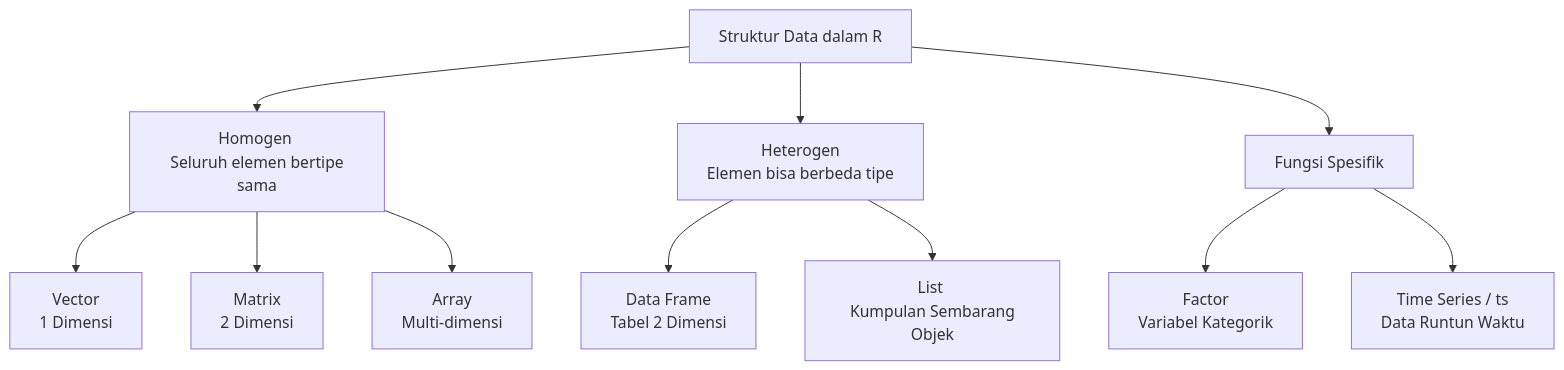
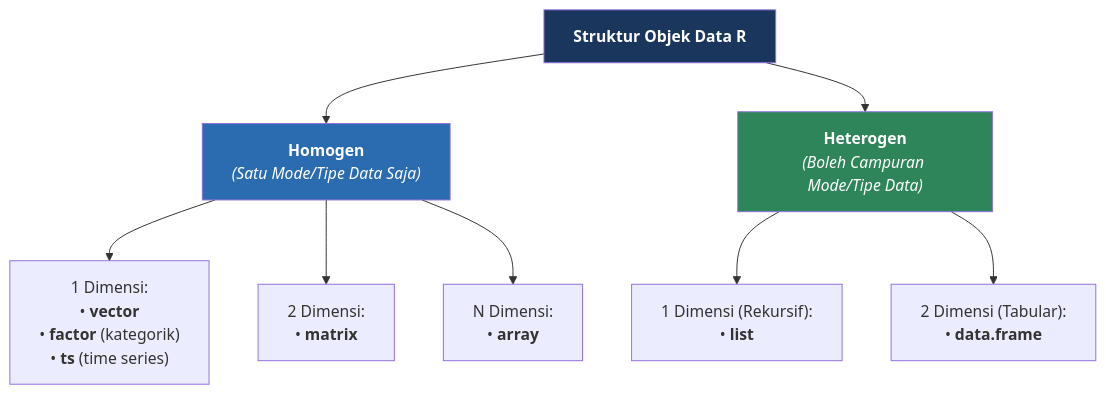
One commit to iqbaleff214/sistem-informasi-universitas-terbuka changed the first of 2 diagrams in [STIK4111]-dasar-pemrograman-r/pertemuan-02/README.md. Above: the diagram before and after it, drawn with Mermaid. The commit also changed other lines of this file, not shown here.

````diff
--- a/[STIK4111]-dasar-pemrograman-r/pertemuan-02/README.md
+++ b/[STIK4111]-dasar-pemrograman-r/pertemuan-02/README.md
@@ -20,18 +70,18 @@
 ```mermaid
 flowchart TD
-    Root[Struktur Data dalam R]
-    Root --> Homo[Homogen <br> Seluruh elemen bertipe sama]
-    Root --> Hetero[Heterogen <br> Elemen bisa berbeda tipe]
+    ROOT["<b>Struktur Objek Data R</b>"]
+    
+    ROOT --> HOM["<b>Homogen</b><br/><i>(Satu Mode/Tipe Data Saja)</i>"]
+    ROOT --> HET["<b>Heterogen</b><br/><i>(Boleh Campuran Mode/Tipe Data)</i>"]
+    
+    HOM --> D1_HOM["1 Dimensi:<br/>• <b>vector</b><br/>• <b>factor</b> (kategorik)<br/>• <b>ts</b> (time series)"]
+    HOM --> D2_HOM["2 Dimensi:<br/>• <b>matrix</b>"]
+    HOM --> DN_HOM["N Dimensi:<br/>• <b>array</b>"]
+    
+    HET --> D1_HET["1 Dimensi (Rekursif):<br/>• <b>list</b>"]
+    HET --> D2_HET["2 Dimensi (Tabular):<br/>• <b>data.frame</b>"]
 
-    Homo --> V[Vector <br> 1 Dimensi]
-    Homo --> M[Matrix <br> 2 Dimensi]
-    Homo --> A[Array <br> Multi-dimensi]
-
-    Hetero --> DF[Data Frame <br> Tabel 2 Dimensi]
-    Hetero --> L[List <br> Kumpulan Sembarang Objek]
-
-    Root --> Khusus[Fungsi Spesifik]
-    Khusus --> F[Factor <br> Variabel Kategorik]
-    Khusus --> TS[Time Series / ts <br> Data Runtun Waktu]
-
+    style ROOT fill:#1a365d,color:#ffffff
+    style HOM fill:#2b6cb0,color:#ffffff
+    style HET fill:#2f855a,color:#ffffff
 ```
````
